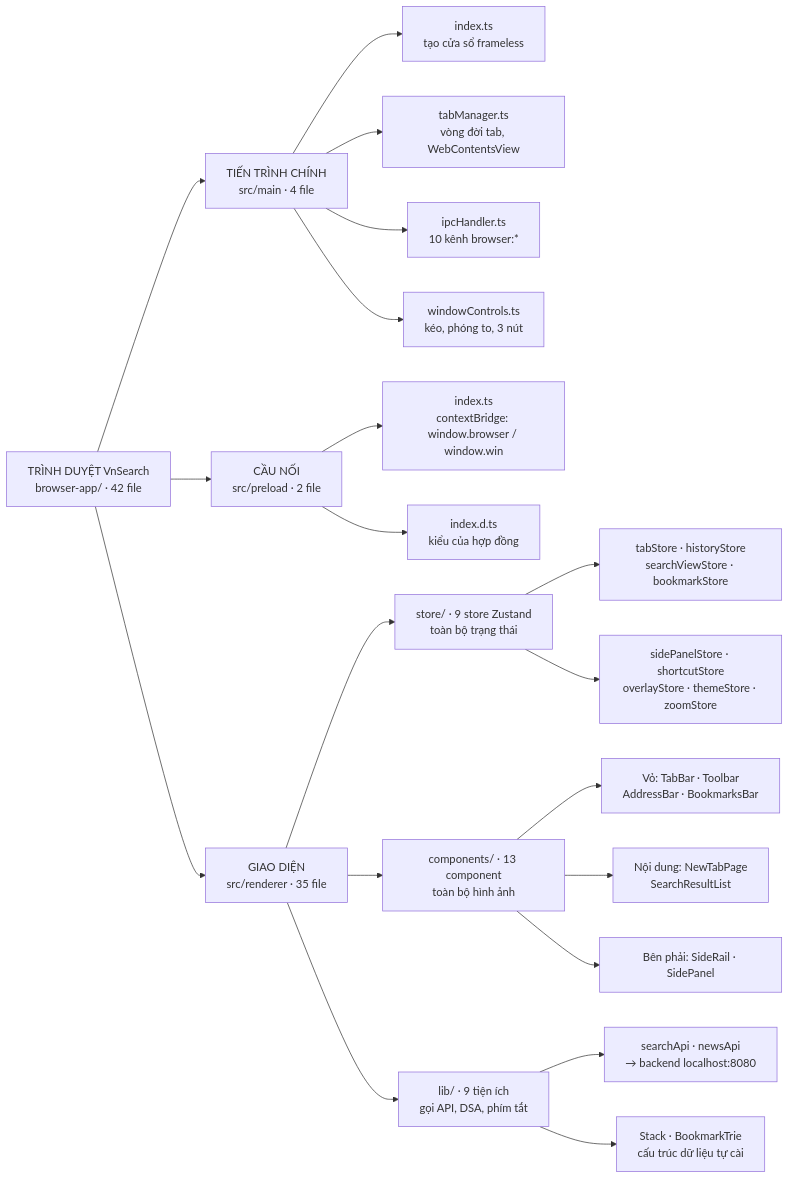
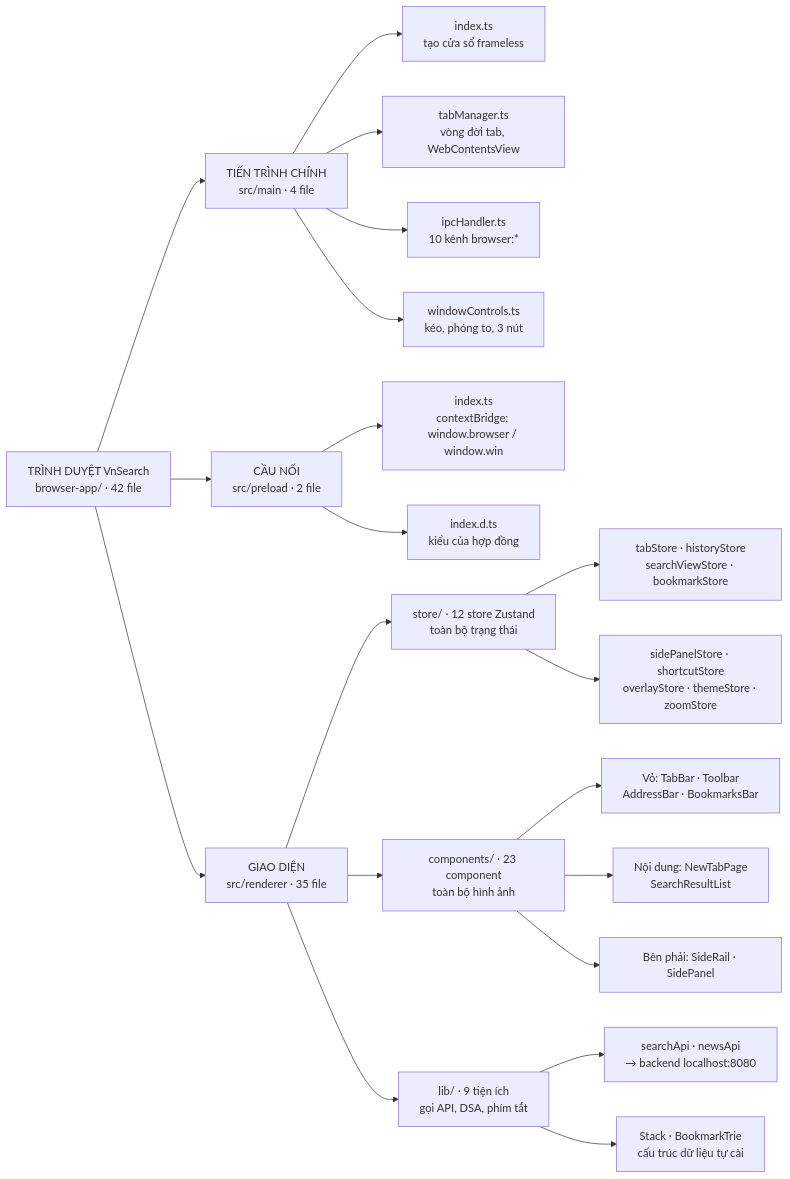
Before and after one commit to KietAnhCS/CocCoc-Plus: the first of 8 diagrams in docs/FRONTEND.md, drawn with Mermaid. The commit also changed other lines of this file and 10 other files, not shown here.

````diff
--- a/docs/FRONTEND.md
+++ b/docs/FRONTEND.md
@@ -44,30 +44,30 @@
 ```mermaid
 flowchart LR
     ROOT["TRÌNH DUYỆT VnSearch<br/>browser-app/ · 42 file"]
 
     ROOT --> M["TIẾN TRÌNH CHÍNH<br/>src/main · 4 file"]
     ROOT --> P["CẦU NỐI<br/>src/preload · 2 file"]
     ROOT --> R["GIAO DIỆN<br/>src/renderer · 35 file"]
 
     M --> M1["index.ts<br/>tạo cửa sổ frameless"]
     M --> M2["tabManager.ts<br/>vòng đời tab, WebContentsView"]
     M --> M3["ipcHandler.ts<br/>10 kênh browser:*"]
     M --> M4["windowControls.ts<br/>kéo, phóng to, 3 nút"]
 
     P --> P1["index.ts<br/>contextBridge: window.browser / window.win"]
     P --> P2["index.d.ts<br/>kiểu của hợp đồng"]
 
-    R --> S["store/ · 9 store Zustand<br/>toàn bộ trạng thái"]
-    R --> C["components/ · 13 component<br/>toàn bộ hình ảnh"]
+    R --> S["store/ · 12 store Zustand<br/>toàn bộ trạng thái"]
+    R --> C["components/ · 23 component<br/>toàn bộ hình ảnh"]
     R --> L["lib/ · 9 tiện ích<br/>gọi API, DSA, phím tắt"]
 
     S --> S1["tabStore · historyStore<br/>searchViewStore · bookmarkStore"]
     S --> S2["sidePanelStore · shortcutStore<br/>overlayStore · themeStore · zoomStore"]
 
     C --> C1["Vỏ: TabBar · Toolbar<br/>AddressBar · BookmarksBar"]
     C --> C2["Nội dung: NewTabPage<br/>SearchResultList"]
     C --> C3["Bên phải: SideRail · SidePanel"]
 
     L --> L1["searchApi · newsApi<br/>→ backend localhost:8080"]
     L --> L2["Stack · BookmarkTrie<br/>cấu trúc dữ liệu tự cài"]
 ```
````
